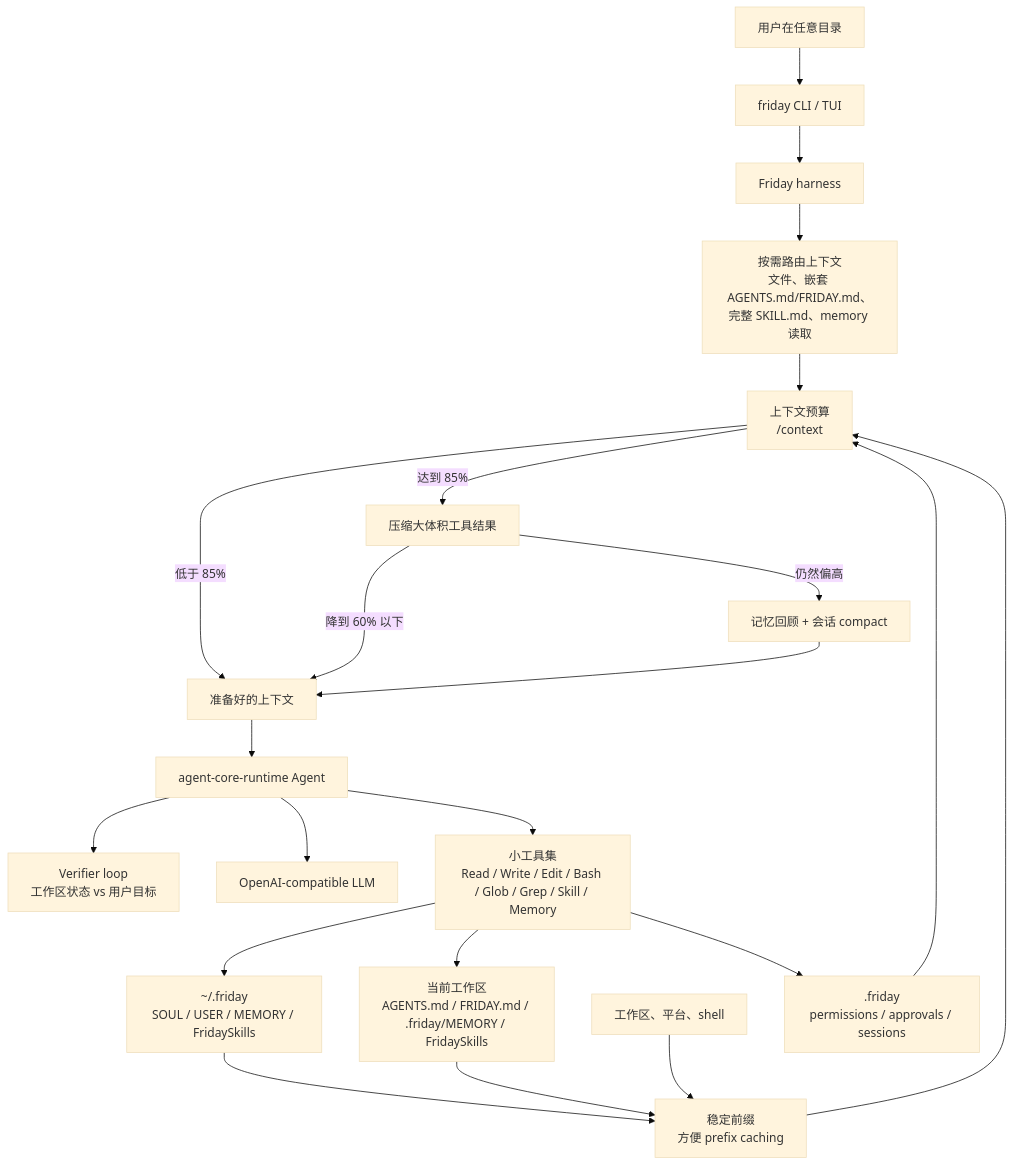
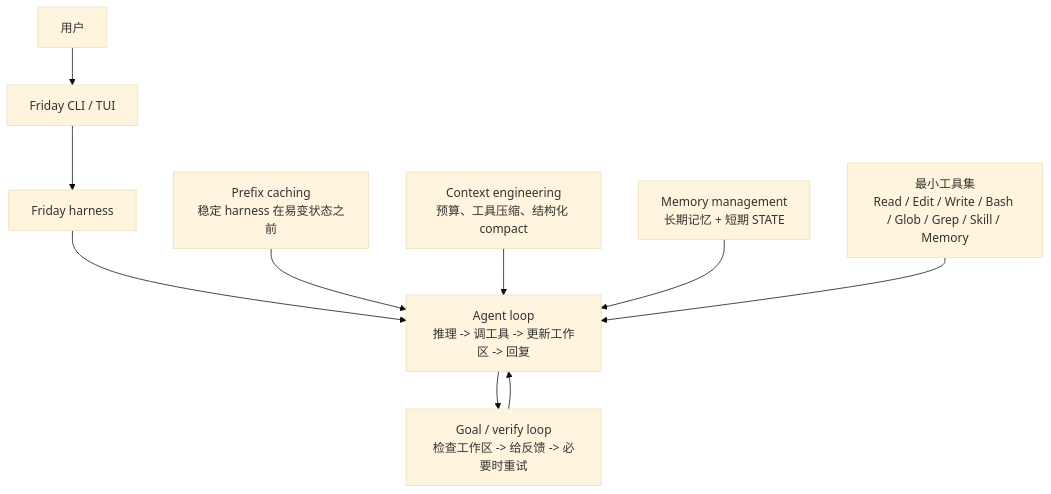
One commit to Lancetwang/friday changed the diagram in README.zh-CN.md. Above: the diagram before and after it, drawn with Mermaid (base theme). The commit also changed other lines of this file and 4 other files, not shown here.

````diff
--- a/README.zh-CN.md
+++ b/README.zh-CN.md
@@ -31,28 +28,14 @@
 ```mermaid
 flowchart TD
-    User["用户在任意目录"] --> CLI["friday CLI / TUI"]
-    CLI --> Harness["Friday harness"]
+    User["用户"] --> Friday["Friday CLI / TUI"]
+    Friday --> Harness["Friday harness"]
 
-    Home["~/.friday<br/>SOUL / USER / MEMORY / FridaySkills"] --> Prefix["稳定前缀<br/>方便 prefix caching"]
-    Project["当前工作区<br/>AGENTS.md / FRIDAY.md / .friday/MEMORY / FridaySkills"] --> Prefix
-    Env["工作区、平台、shell"] --> Prefix
-    Prefix --> Budget["上下文预算<br/>/context"]
+    Harness --> AgentLoop["Agent loop<br/>推理 -> 调工具 -> 更新工作区 -> 回复"]
+    AgentLoop --> VerifyLoop["Goal / verify loop<br/>检查工作区 -> 给反馈 -> 必要时重试"]
+    VerifyLoop --> AgentLoop
 
-    Harness --> Routed["按需路由上下文<br/>文件、嵌套 AGENTS.md/FRIDAY.md、完整 SKILL.md、memory 读取"]
-    Routed --> Budget
-    State[".friday<br/>permissions / approvals / sessions"] --> Budget
-
-    Budget -->|"低于 85%"| Ready["准备好的上下文"]
-    Budget -->|"达到 85%"| ToolCompact["压缩大体积工具结果"]
-    ToolCompact -->|"降到 60% 以下"| Ready
-    ToolCompact -->|"仍然偏高"| LLMCompact["记忆回顾 + 会话 compact"]
-    LLMCompact --> Ready
-
-    Ready --> Runtime["agent-core-runtime Agent"]
-    Runtime --> Verify["Verifier loop<br/>工作区状态 vs 用户目标"]
-    Runtime --> LLM["OpenAI-compatible LLM"]
-    Runtime --> Tools["小工具集<br/>Read / Write / Edit / Bash / Glob / Grep / Skill / Memory"]
-    Tools --> State
-    Tools --> Home
-    Tools --> Project
+    Prefix["Prefix caching<br/>稳定 harness 在易变状态之前"] --> AgentLoop
+    Context["Context engineering<br/>预算、工具压缩、结构化 compact"] --> AgentLoop
+    Memory["Memory management<br/>长期记忆 + 短期 STATE"] --> AgentLoop
+    Tools["最小工具集<br/>Read / Edit / Write / Bash / Glob / Grep / Skill / Memory"] --> AgentLoop
 ```
````
